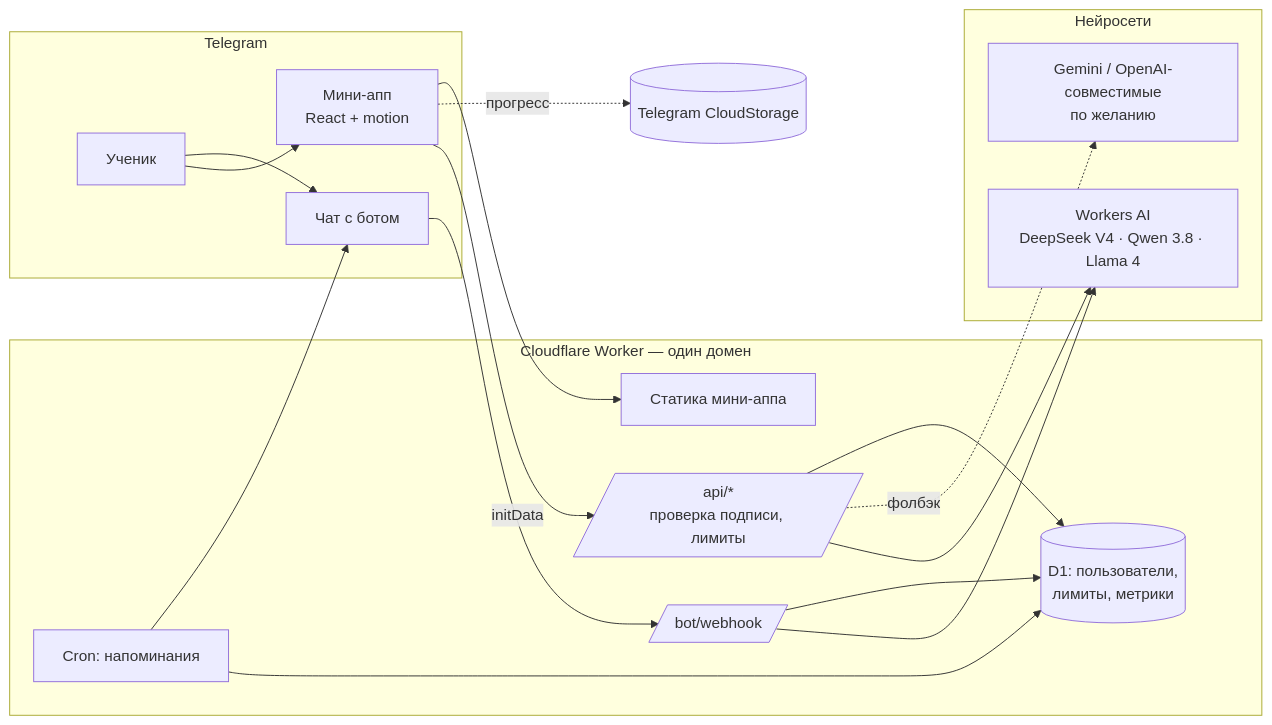
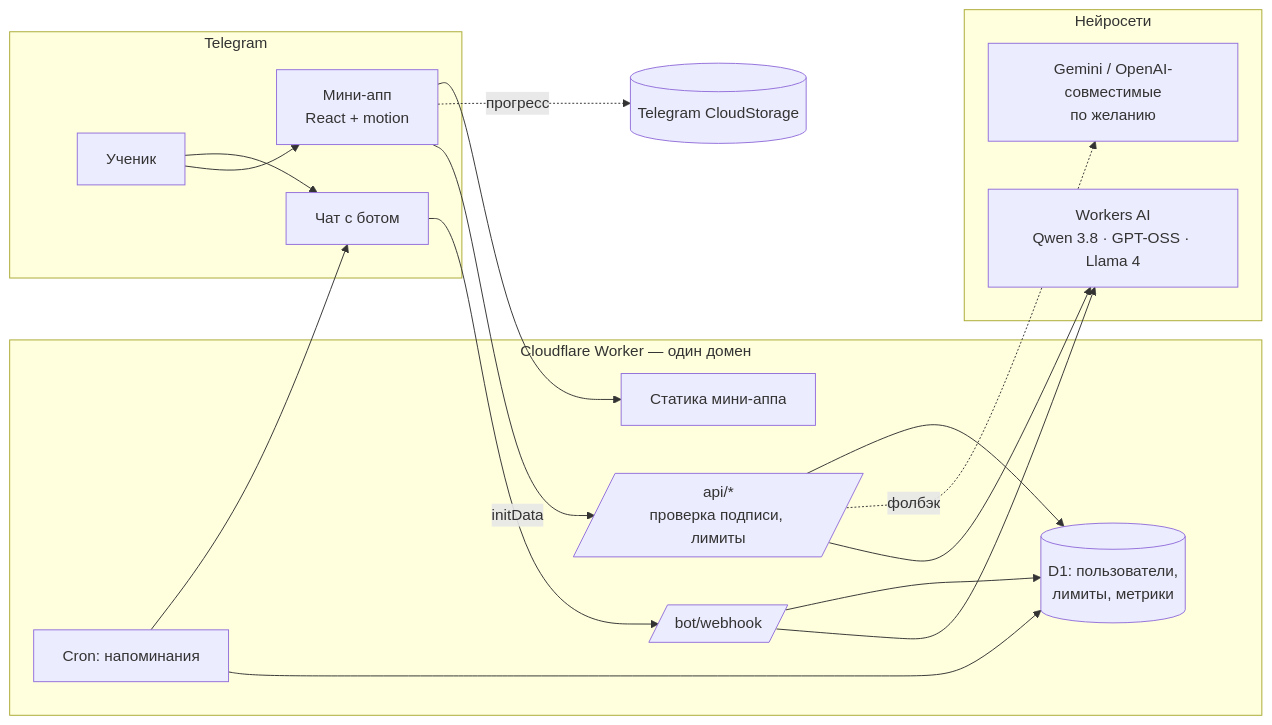
One commit to benji-hue/ct-math-blitz changed the diagram in docs/АРХИТЕКТУРА.md. Above: the diagram before and after it, drawn with Mermaid. The commit also changed other lines of this file and 4 other files, not shown here.

````diff
--- a/docs/АРХИТЕКТУРА.md
+++ b/docs/АРХИТЕКТУРА.md
@@ -3,29 +3,29 @@
 ```mermaid
 flowchart LR
   subgraph TG[Telegram]
     U[Ученик] --> MA[Мини-апп<br/>React + motion]
     U --> BOT[Чат с ботом]
   end
   subgraph CF[Cloudflare Worker — один домен]
     ST[Статика мини-аппа]
     API[/api/*<br/>проверка подписи, лимиты/]
     WH[/bot/webhook/]
     CRON[Cron: напоминания]
     D1[(D1: пользователи,<br/>лимиты, метрики)]
   end
   subgraph AI[Нейросети]
-    WAI[Workers AI<br/>DeepSeek V4 · Qwen 3.8 · Llama 4]
+    WAI[Workers AI<br/>Qwen 3.8 · GPT-OSS · Llama 4]
     EXT[Gemini / OpenAI-совместимые<br/>по желанию]
   end
   MA -- initData --> API
   MA -. прогресс .-> CS[(Telegram CloudStorage)]
   BOT --> WH
   API --> WAI
   API -. фолбэк .-> EXT
   WH --> WAI
   API --> D1
   WH --> D1
   CRON --> D1
   CRON --> BOT
   MA --> ST
 ```
````
